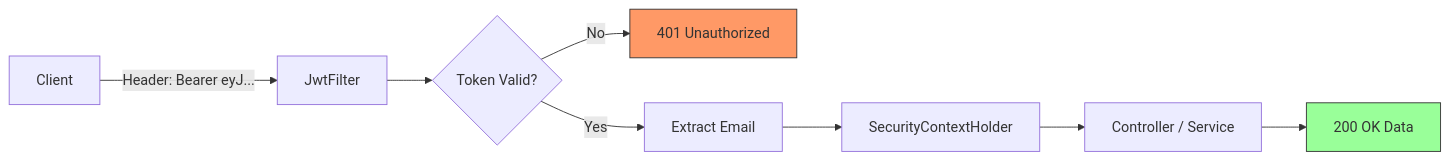
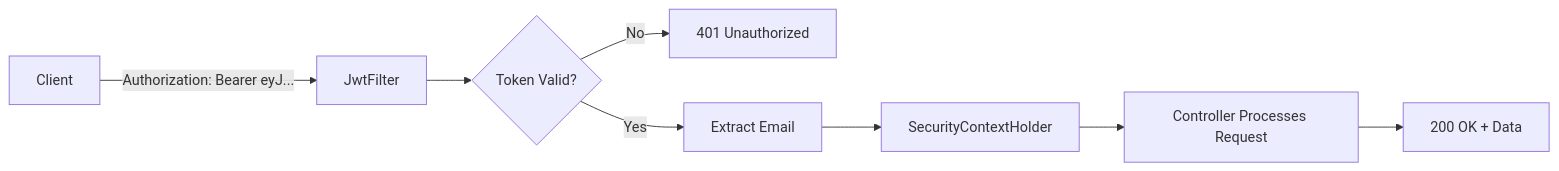
One commit to KARTHIKAKRISHNA123/todoist changed diagram 11 of 19 in README.Md. Above: the diagram before and after it, drawn with Mermaid. The commit also changed other lines of this file, not shown here.

````diff
--- a/README.Md
+++ b/README.Md
@@ -531,13 +523,10 @@
 ```mermaid
 flowchart LR
-    A[Client] -- "Header: Bearer eyJ..." --> B[JwtFilter]
+    A[Client] -->|Authorization: Bearer eyJ...| B[JwtFilter]
     B --> C{Token Valid?}
-    C -- "No" --> D[401 Unauthorized]
-    C -- "Yes" --> E[Extract Email]
+    C -->|No| D[401 Unauthorized]
+    C -->|Yes| E[Extract Email]
     E --> F[SecurityContextHolder]
-    F --> G[Controller / Service]
-    G --> H[200 OK Data]
-
-    style D fill:#f96,stroke:#333
-    style H fill:#9f9,stroke:#333
+    F --> G[Controller Processes Request]
+    G --> H[200 OK + Data]
 ```
````
